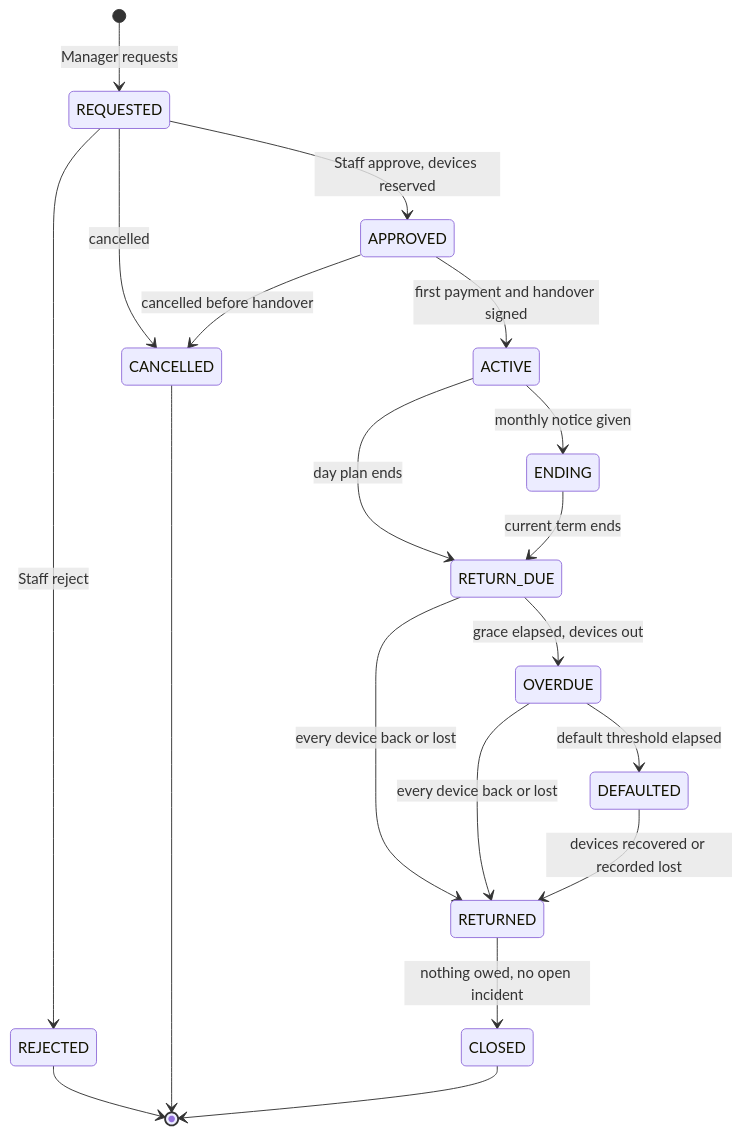
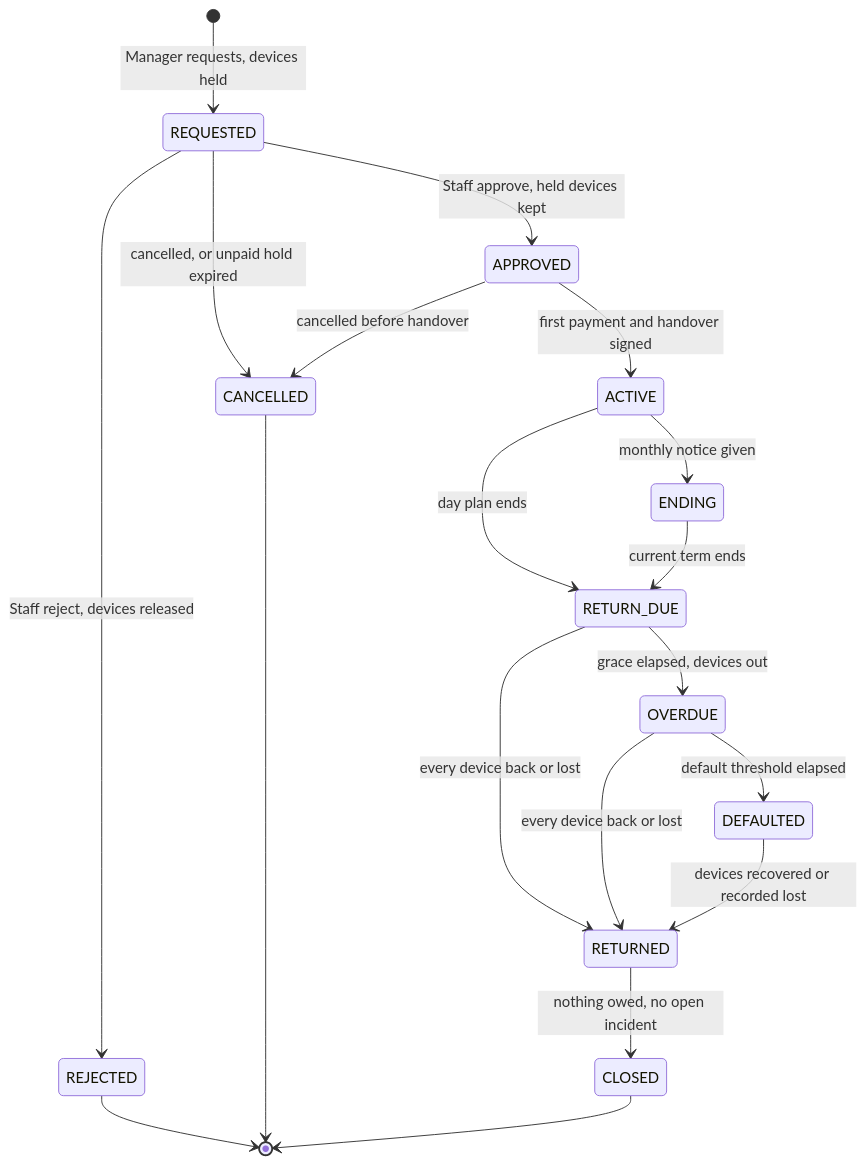
One commit to TrekLink-Team/treklink-web changed the second of 29 diagrams in specs/rentals/design.md. Above: the diagram before and after it, drawn with Mermaid. The commit also changed other lines of this file and 11 other files, not shown here.

````diff
--- a/specs/rentals/design.md
+++ b/specs/rentals/design.md
@@ -45,21 +45,21 @@
 ```mermaid
 stateDiagram-v2
-    [*] --> REQUESTED : Manager requests
-    REQUESTED --> APPROVED : Staff approve, devices reserved
-    REQUESTED --> REJECTED : Staff reject
-    REQUESTED --> CANCELLED : cancelled
+    [*] --> REQUESTED : Manager requests, devices held
+    REQUESTED --> APPROVED : Staff approve, held devices kept
+    REQUESTED --> REJECTED : Staff reject, devices released
+    REQUESTED --> CANCELLED : cancelled, or unpaid hold expired
     APPROVED --> CANCELLED : cancelled before handover
     APPROVED --> ACTIVE : first payment and handover signed
     ACTIVE --> ENDING : monthly notice given
     ACTIVE --> RETURN_DUE : day plan ends
     ENDING --> RETURN_DUE : current term ends
     RETURN_DUE --> RETURNED : every device back or lost
     RETURN_DUE --> OVERDUE : grace elapsed, devices out
     OVERDUE --> RETURNED : every device back or lost
     OVERDUE --> DEFAULTED : default threshold elapsed
     DEFAULTED --> RETURNED : devices recovered or recorded lost
     RETURNED --> CLOSED : nothing owed, no open incident
     REJECTED --> [*]
     CANCELLED --> [*]
     CLOSED --> [*]
 ```
````
